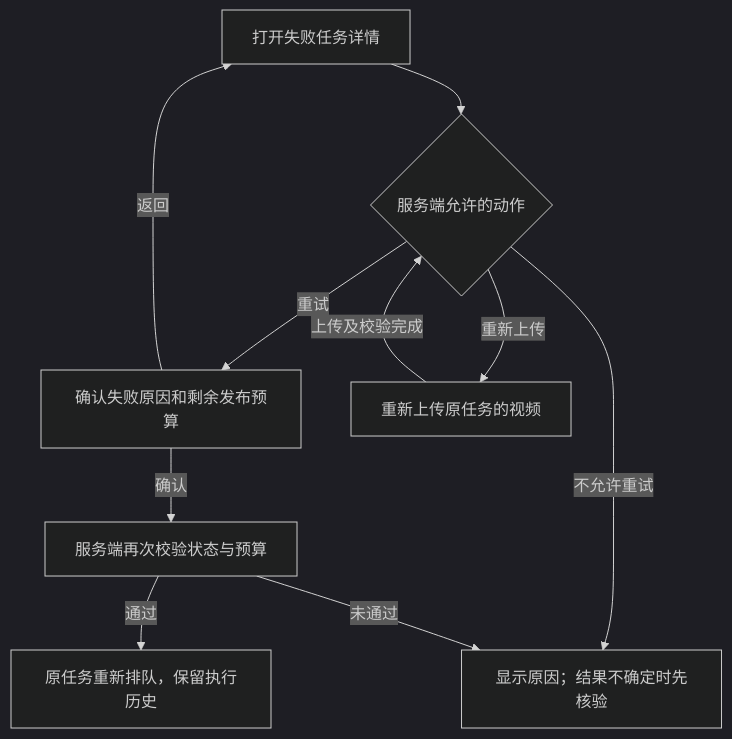
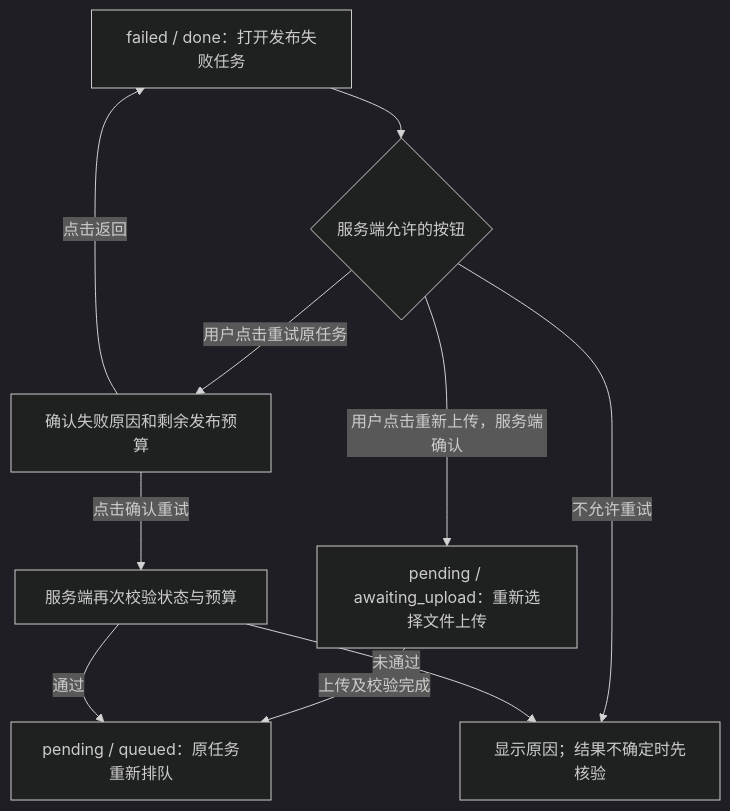
The fifth of 8 diagrams in docs/video-publish/01-product-proposal.md (brakchen/tts-erp), drawn with Mermaid (dark theme) before and after one commit. The commit also changed other lines of this file, not shown here.

````diff
--- a/docs/video-publish/01-product-proposal.md
+++ b/docs/video-publish/01-product-proposal.md
@@ -243,12 +316,12 @@
 ```mermaid
 flowchart TD
-    A["打开失败任务详情"] --> B{"服务端允许的动作"}
-    B -- 重试 --> C["确认失败原因和剩余发布预算"]
-    B -- 重新上传 --> D["重新上传原任务的视频"]
-    D -- 上传及校验完成 --> B
+    A["failed / done：打开发布失败任务"] --> B{"服务端允许的按钮"}
+    B -->|用户点击重试原任务| C["确认失败原因和剩余发布预算"]
+    B -->|用户点击重新上传，服务端确认| D["pending / awaiting_upload：重新选择文件上传"]
+    D -->|上传及校验完成| G["pending / queued：原任务重新排队"]
     B -- 不允许重试 --> E["显示原因；结果不确定时先核验"]
-    C -- 返回 --> A
-    C -- 确认 --> F["服务端再次校验状态与预算"]
-    F -- 通过 --> G["原任务重新排队，保留执行历史"]
+    C -->|点击返回| A
+    C -->|点击确认重试| F["服务端再次校验状态与预算"]
+    F -- 通过 --> G
     F -- 未通过 --> E
 ```
````
